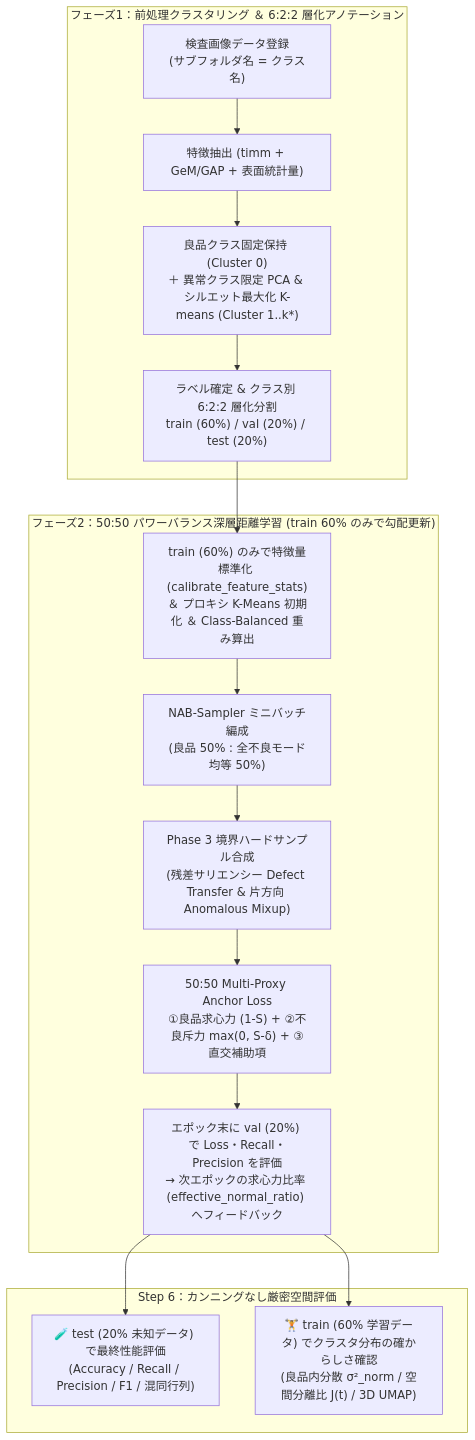
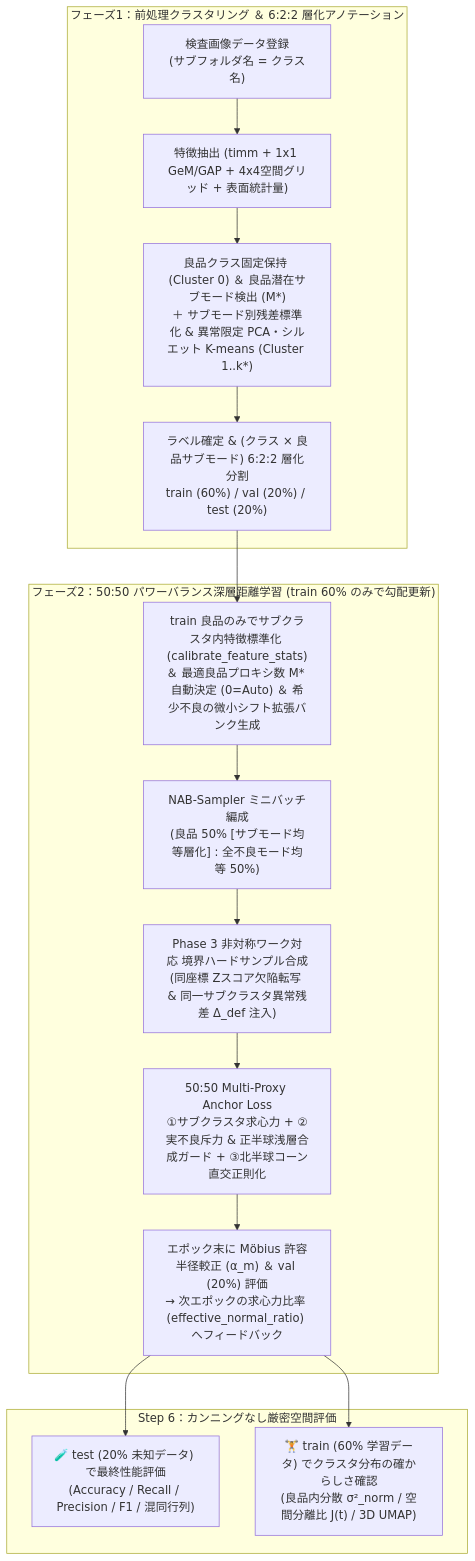
Before and after one commit to kodaigoto-coder/New-metric-learning: the diagram in Model_Explanation.md, drawn with Mermaid. The commit also changed other lines of this file and 324 other files, not shown here.

````diff
--- a/Model_Explanation.md
+++ b/Model_Explanation.md
@@ -42,21 +42,21 @@
 ```mermaid
 flowchart TD
     subgraph Phase1["フェーズ1：前処理クラスタリング ＆ 6:2:2 層化アノテーション"]
-        A["検査画像データ登録<br/>(サブフォルダ名 = クラス名)"] --> B["特徴抽出 (timm + GeM/GAP + 表面統計量)"]
-        B --> C["良品クラス固定保持 (Cluster 0)<br/>＋ 異常クラス限定 PCA & シルエット最大化 K-means (Cluster 1..k*)"]
-        C --> D["ラベル確定 & クラス別 6:2:2 層化分割<br/>train (60%) / val (20%) / test (20%)"]
+        A["検査画像データ登録<br/>(サブフォルダ名 = クラス名)"] --> B["特徴抽出 (timm + 1x1 GeM/GAP + 4x4空間グリッド + 表面統計量)"]
+        B --> C["良品クラス固定保持 (Cluster 0) ＆ 良品潜在サブモード検出 (M*)<br/>＋ サブモード別残差標準化 & 異常限定 PCA・シルエット K-means (Cluster 1..k*)"]
+        C --> D["ラベル確定 & (クラス × 良品サブモード) 6:2:2 層化分割<br/>train (60%) / val (20%) / test (20%)"]
     end
 
     subgraph Phase2["フェーズ2：50:50 パワーバランス深層距離学習 (train 60% のみで勾配更新)"]
-        D --> E["train (60%) のみで特徴量標準化 (calibrate_feature_stats)<br/>＆ プロキシ K-Means 初期化 ＆ Class-Balanced 重み算出"]
-        E --> F["NAB-Sampler ミニバッチ編成<br/>(良品 50% : 全不良モード均等 50%)"]
-        F --> G["Phase 3 境界ハードサンプル合成<br/>(残差サリエンシー Defect Transfer & 片方向 Anomalous Mixup)"]
-        G --> H["50:50 Multi-Proxy Anchor Loss<br/>①良品求心力 (1-S) + ②不良斥力 max(0, S-δ) + ③直交補助項"]
-        H --> I["エポック末に val (20%) で Loss・Recall・Precision を評価<br/>→ 次エポックの求心力比率 (effective_normal_ratio) へフィードバック"]
+        D --> E["train 良品のみでサブクラスタ内特徴標準化 (calibrate_feature_stats)<br/>＆ 最適良品プロキシ数 M* 自動決定 (0=Auto) ＆ 希少不良の微小シフト拡張バンク生成"]
+        E --> F["NAB-Sampler ミニバッチ編成<br/>(良品 50% [サブモード均等層化] : 全不良モード均等 50%)"]
+        F --> G["Phase 3 非対称ワーク対応 境界ハードサンプル合成<br/>(同座標 Zスコア欠陥転写 & 同一サブクラスタ異常残差 Δ_def 注入)"]
+        G --> H["50:50 Multi-Proxy Anchor Loss<br/>①サブクラスタ求心力 + ②実不良斥力 & 正半球浅層合成ガード + ③北半球コーン直交正則化"]
+        H --> I["エポック末に Möbius 許容半径較正 (α_m) ＆ val (20%) 評価<br/>→ 次エポックの求心力比率 (effective_normal_ratio) へフィードバック"]
     end
 
     subgraph Step6["Step 6：カンニングなし厳密空間評価"]
         I --> J["🧪 test (20% 未知データ) で最終性能評価<br/>(Accuracy / Recall / Precision / F1 / 混同行列)"]
         I --> K["🏋️ train (60% 学習データ) でクラスタ分布の確からしさ確認<br/>(良品内分散 σ²_norm / 空間分離比 J(t) / 3D UMAP)"]
     end
 ```
````
